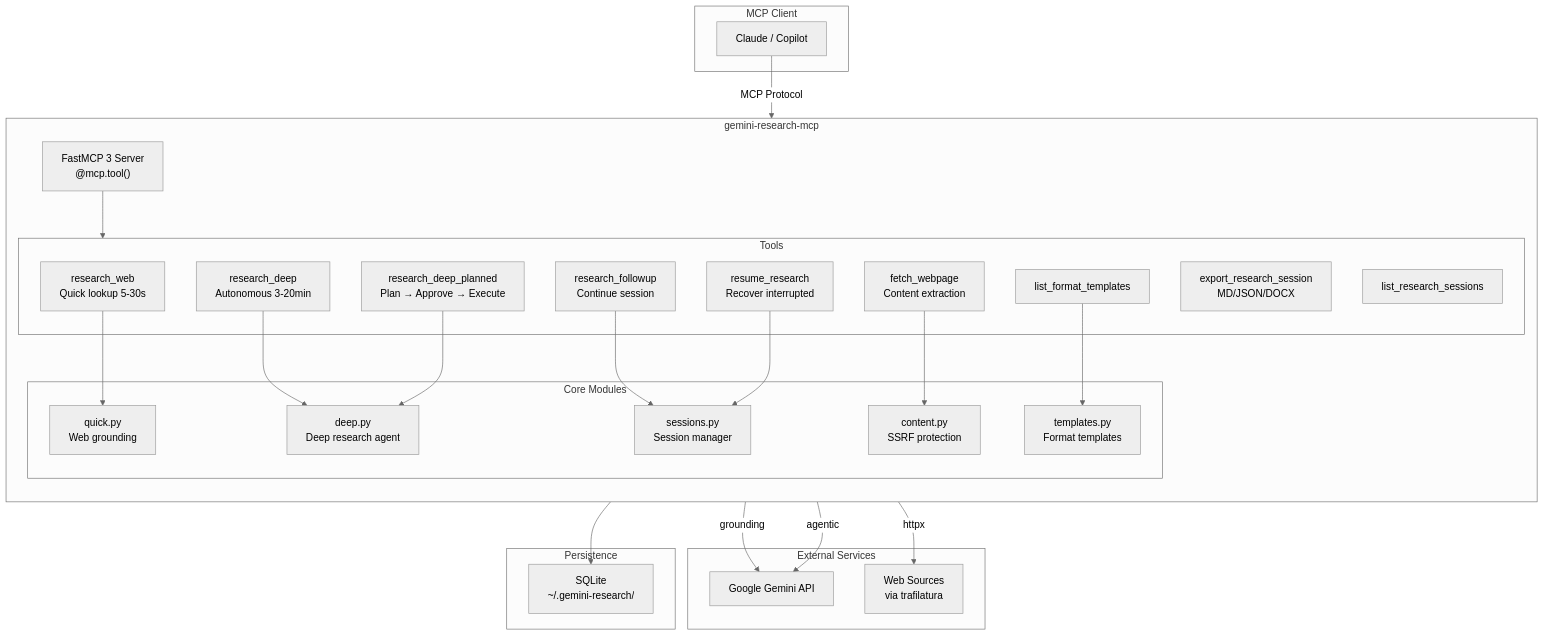
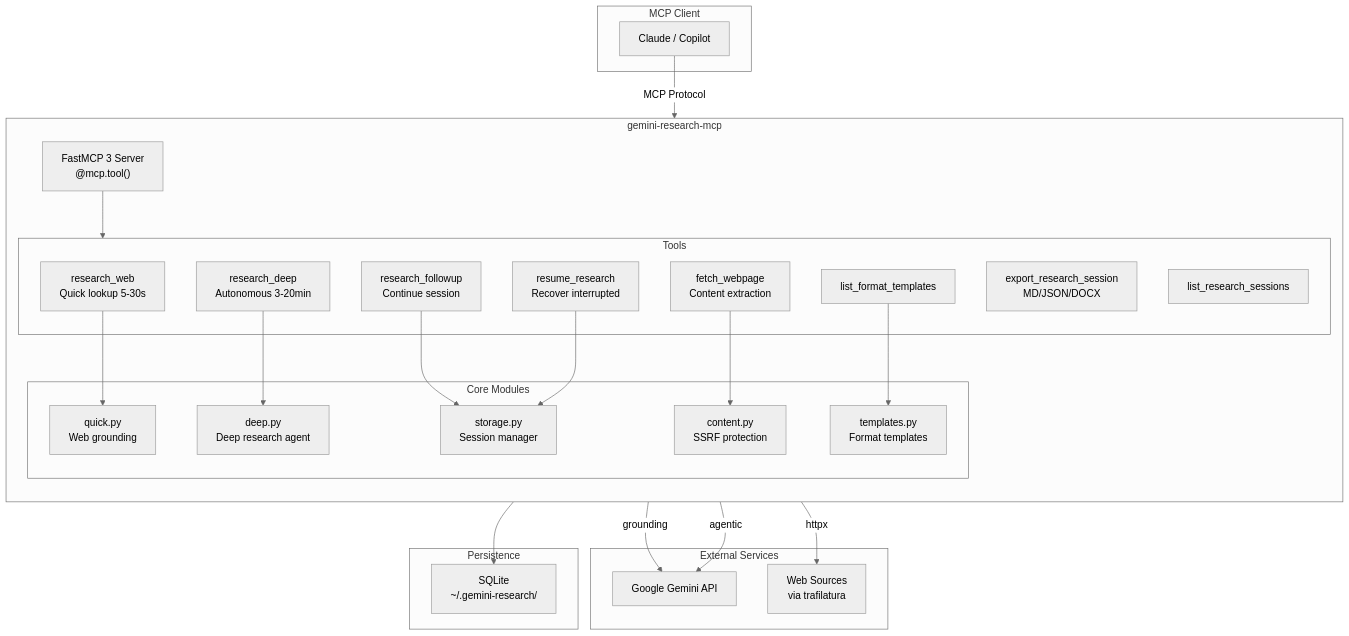
Before and after one commit to machinemates-ai/gemini-research-mcp: the diagram in docs/architecture.mmd, drawn with Mermaid (neutral theme). The commit also changed 26 other files, not shown here.

```diff
--- a/docs/architecture.mmd
+++ b/docs/architecture.mmd
@@ -1,54 +1,52 @@
 flowchart TB
     subgraph Client["MCP Client"]
         Claude["Claude / Copilot"]
     end
 
     subgraph Server["gemini-research-mcp"]
         direction TB
         FastMCP["FastMCP 3 Server<br/>@mcp.tool()"]
         
         subgraph Tools["Tools"]
             RW["research_web<br/>Quick lookup 5-30s"]
             RD["research_deep<br/>Autonomous 3-20min"]
-            RDP["research_deep_planned<br/>Plan → Approve → Execute"]
             RF["research_followup<br/>Continue session"]
             RR["resume_research<br/>Recover interrupted"]
             FW["fetch_webpage<br/>Content extraction"]
             EX["export_research_session<br/>MD/JSON/DOCX"]
             LS["list_research_sessions"]
             LT["list_format_templates"]
         end
 
         subgraph Modules["Core Modules"]
             Quick["quick.py<br/>Web grounding"]
             Deep["deep.py<br/>Deep research agent"]
             Content["content.py<br/>SSRF protection"]
-            Sessions["sessions.py<br/>Session manager"]
+            StorageMod["storage.py<br/>Session manager"]
             Templates["templates.py<br/>Format templates"]
         end
     end
 
     subgraph External["External Services"]
         Gemini["Google Gemini API"]
         Web["Web Sources<br/>via trafilatura"]
     end
 
     subgraph Storage["Persistence"]
         SQLite["SQLite<br/>~/.gemini-research/"]
     end
 
     Claude -->|"MCP Protocol"| FastMCP
     FastMCP --> Tools
     
     RW --> Quick
     RD --> Deep
-    RDP --> Deep
-    RF --> Sessions
-    RR --> Sessions
+    RF --> StorageMod
+    RR --> StorageMod
     FW --> Content
     LT --> Templates
     
     Quick -->|"grounding"| Gemini
     Deep -->|"agentic"| Gemini
     Content -->|"httpx"| Web
-    Sessions --> SQLite
+    StorageMod --> SQLite
```
